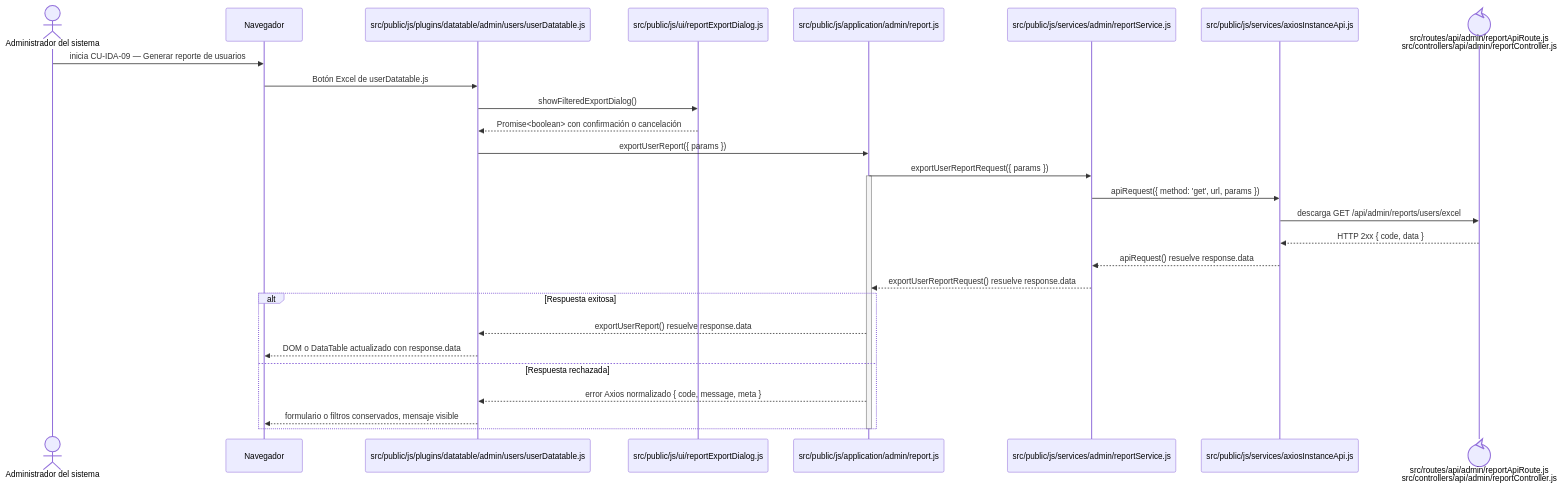
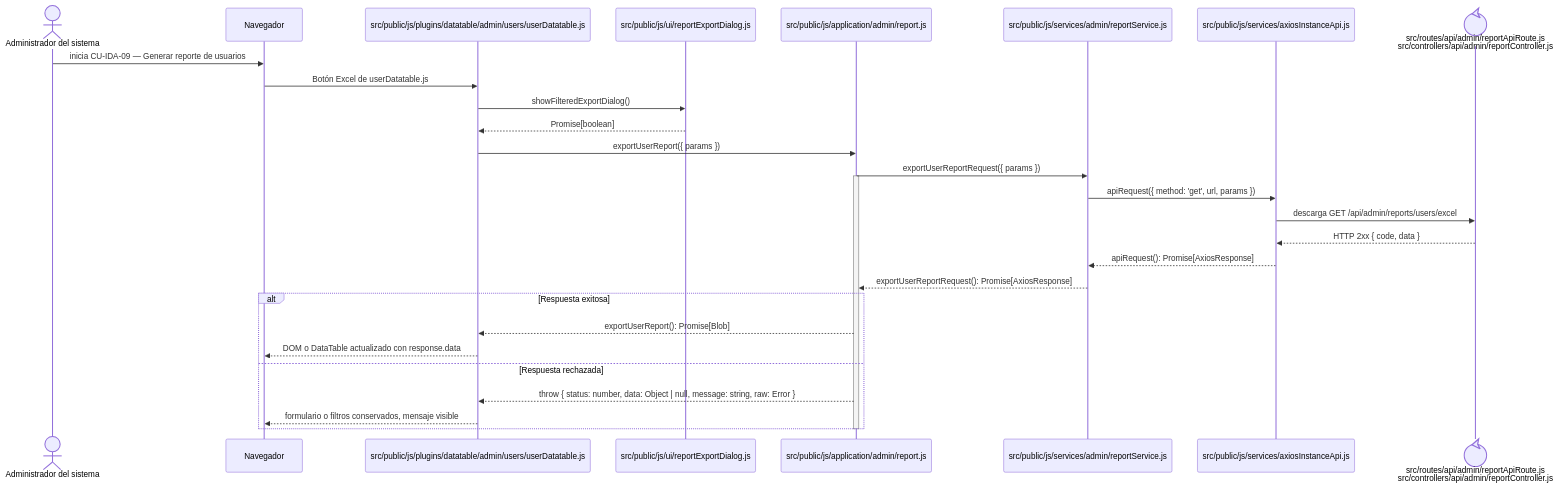
One commit to gpgsistemas01/nexus changed the diagram in docs/architecture/frontend-code-sequences/identity-access/cu-ida-09.md. Above: the diagram before and after it, drawn with Mermaid. The commit also changed 146 other files, not shown here.

````diff
--- a/docs/architecture/frontend-code-sequences/identity-access/cu-ida-09.md
+++ b/docs/architecture/frontend-code-sequences/identity-access/cu-ida-09.md
@@ -6,32 +6,32 @@
 ```mermaid
 sequenceDiagram
     actor Initiator as Administrador del sistema
     participant Browser as Navegador
     participant View as src/public/js/plugins/datatable/admin/users/userDatatable.js
     participant Dialog as src/public/js/ui/reportExportDialog.js
     participant Application as src/public/js/application/admin/report.js
     participant Request as src/public/js/services/admin/reportService.js
     participant HTTP as src/public/js/services/axiosInstanceApi.js
     participant Transport@{ "type": "control" } as src/routes/api/admin/reportApiRoute.js<br/>src/controllers/api/admin/reportController.js
 
     Initiator->>Browser: inicia CU-IDA-09 — Generar reporte de usuarios
     Browser->>View: Botón Excel de userDatatable.js
     View->>Dialog: showFilteredExportDialog()
-    Dialog-->>View: Promise<boolean> con confirmación o cancelación
+    Dialog-->>View: Promise[boolean]
     View->>Application: exportUserReport({ params })
     Application->>Request: exportUserReportRequest({ params })
     activate Application
     Request->>HTTP: apiRequest({ method: 'get', url, params })
     HTTP->>Transport: descarga GET /api/admin/reports/users/excel
     Transport-->>HTTP: HTTP 2xx { code, data }
-    HTTP-->>Request: apiRequest() resuelve response.data
-    Request-->>Application: exportUserReportRequest() resuelve response.data
+    HTTP-->>Request: apiRequest(): Promise[AxiosResponse]
+    Request-->>Application: exportUserReportRequest(): Promise[AxiosResponse]
     alt Respuesta exitosa
-        Application-->>View: exportUserReport() resuelve response.data
+        Application-->>View: exportUserReport(): Promise[Blob]
         View-->>Browser: DOM o DataTable actualizado con response.data
     else Respuesta rechazada
-        Application-->>View: error Axios normalizado { code, message, meta }
+        Application-->>View: throw { status: number, data: Object | null, message: string, raw: Error }
         View-->>Browser: formulario o filtros conservados, mensaje visible
     end
     deactivate Application
 ```
````
